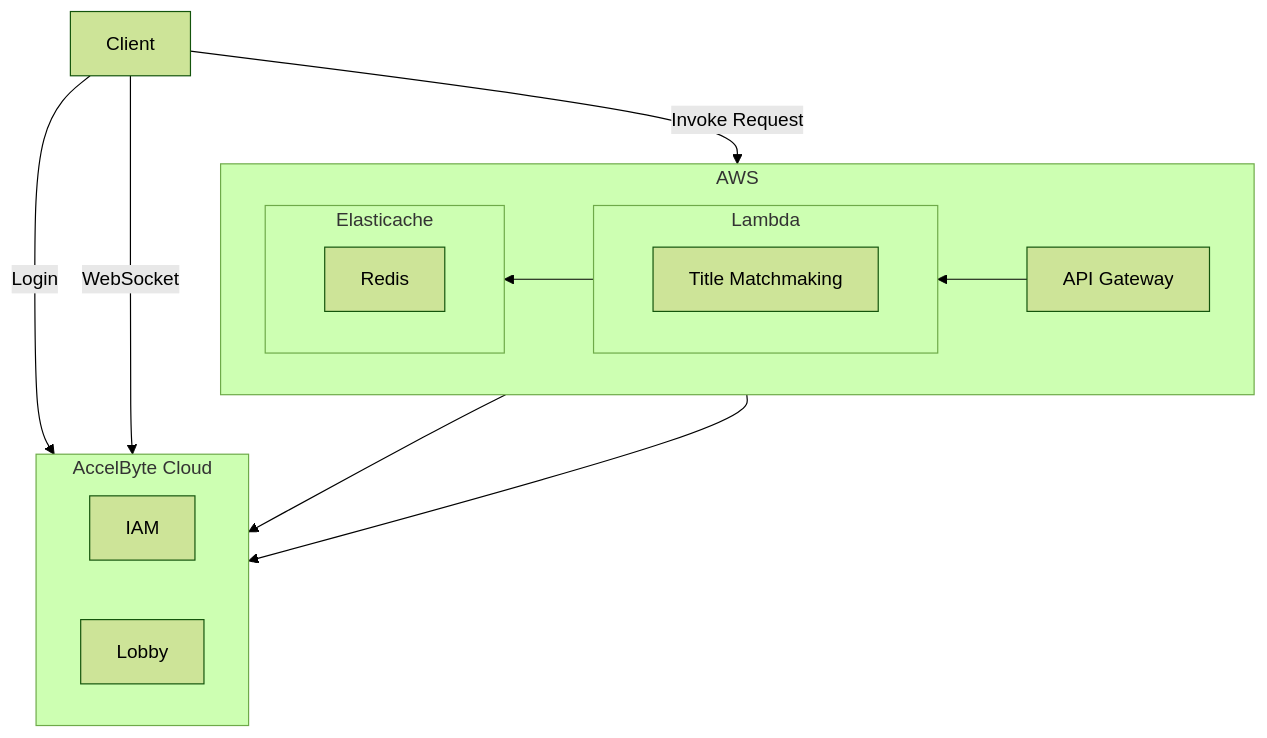
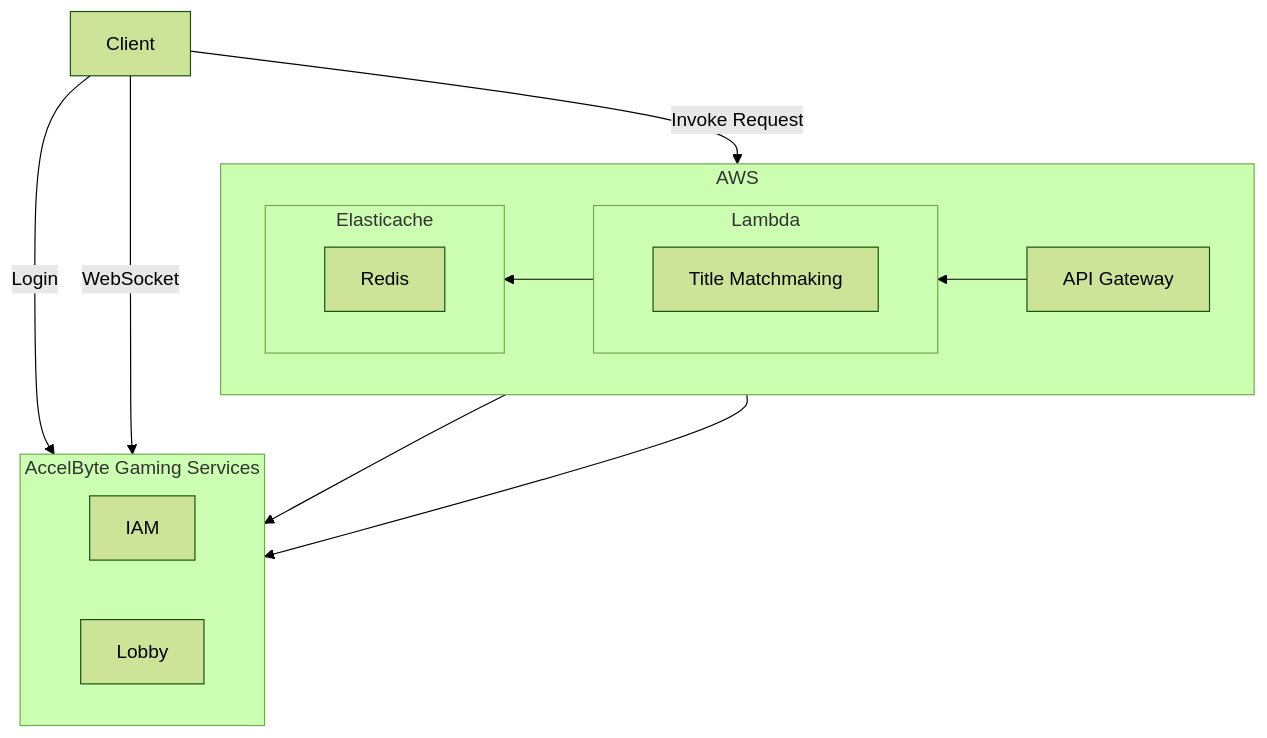
The second of 5 diagrams in docs/samples/tic-tac-toe.md (AccelByte/accelbyte-go-sdk), drawn with Mermaid (forest theme) before and after one commit. The commit also changed other lines of this file and 16 other files, not shown here.

Commit message:
chore(docs): rename AccelByte Cloud to AccelByte Gaming Services & Server SDK to Extend SDK

````diff
--- a/docs/samples/tic-tac-toe.md
+++ b/docs/samples/tic-tac-toe.md
@@ -35,28 +35,28 @@
 ```mermaid
 graph TB
 	C[Client]
 	subgraph AWS
 		direction RL
 		G[API Gateway]
 		subgraph L[Lambda]
 			direction RL
 			M[Title Matchmaking]
 		end
 		subgraph E[Elasticache]
 			direction RL
 			R[Redis]
 		end
 	end
-	subgraph ABC[AccelByte Cloud]
+	subgraph ABC[AccelByte Gaming Services]
 		direction RL
 		S1[IAM]
 		S2[Lobby]		
 	end
 	M --> S1
 	M --> S2
 	G --> M
 	M --> R
 	C -->|Invoke Request| G
 	C -->|Login| S1
 	C -->|WebSocket| S2
 ```
````
